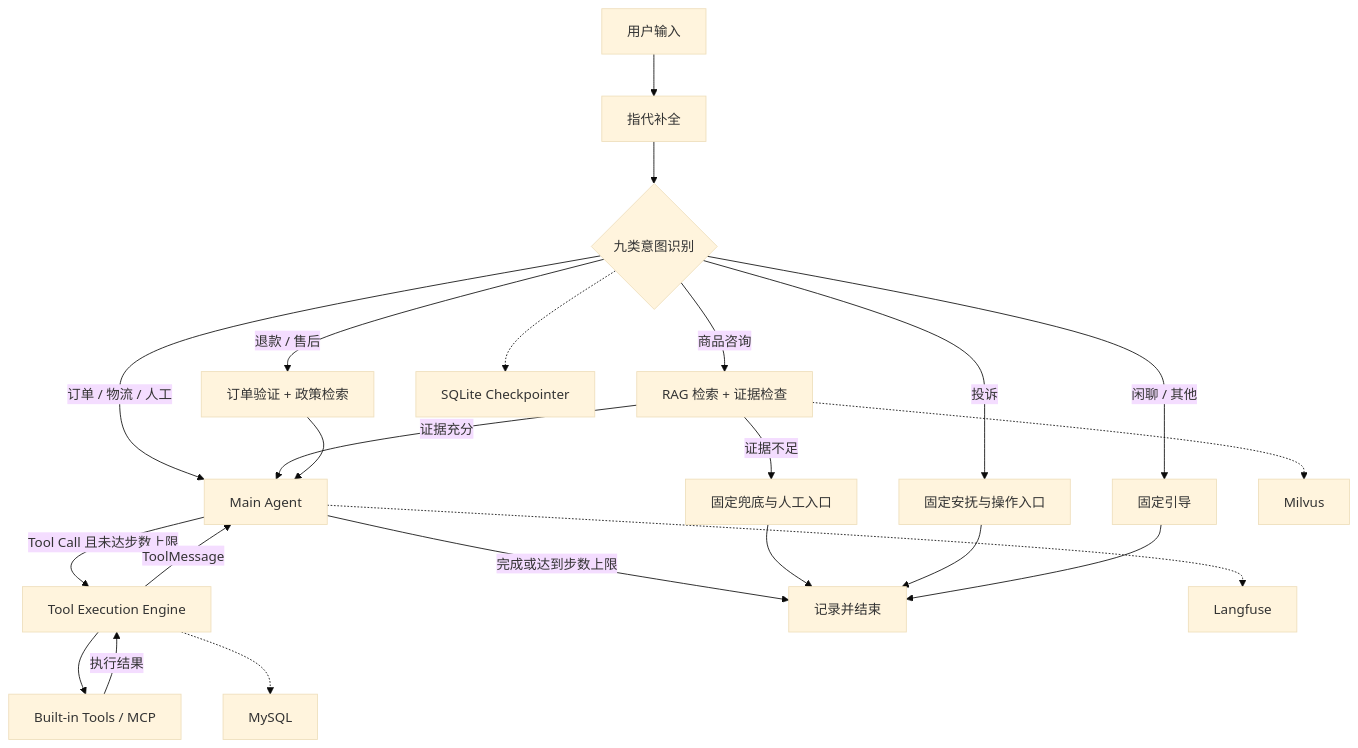
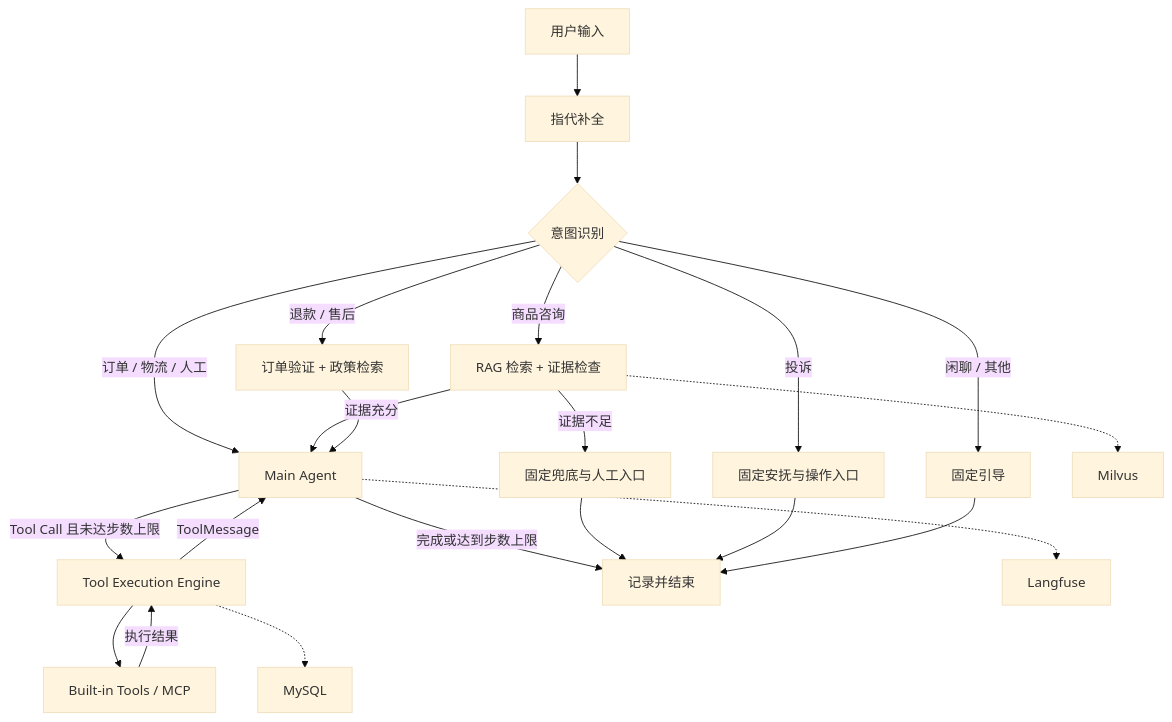
The diagram in README.md (Orange-ui0811/caremate), drawn with Mermaid (base theme) before and after one commit.

````diff
--- a/README.md
+++ b/README.md
@@ -31,28 +31,27 @@
 ```mermaid
 flowchart TD
-    U["用户输入"] --> C["指代补全"] --> I{"九类意图识别"}
+    U["用户输入"] --> C["指代补全"] --> I{"意图识别"}
 
     I -->|商品咨询| K["RAG 检索 + 证据检查"]
     I -->|退款 / 售后| P["订单验证 + 政策检索"]
     I -->|订单 / 物流 / 人工| A["Main Agent"]
     I -->|投诉| CR["固定安抚与操作入口"]
     I -->|闲聊 / 其他| S["固定引导"]
 
     K -->|证据充分| A
     K -->|证据不足| F["固定兜底与人工入口"]
     P --> A
 
     A -->|Tool Call 且未达步数上限| E["Tool Execution Engine"]
     E -->|ToolMessage| A
     E --> T["Built-in Tools / MCP"]
     T -->|执行结果| E
     A -->|完成或达到步数上限| O["记录并结束"]
     F --> O
     CR --> O
     S --> O
 
     K -.-> V["Milvus"]
     E -.-> DB["MySQL"]
-    I -.-> CP["SQLite Checkpointer"]
     A -.-> LF["Langfuse"]
 ```
````
